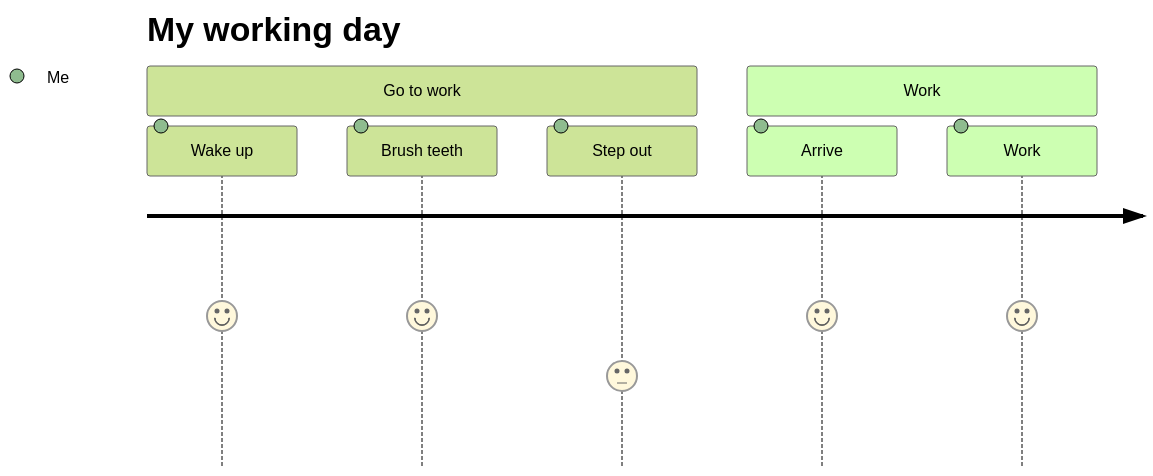
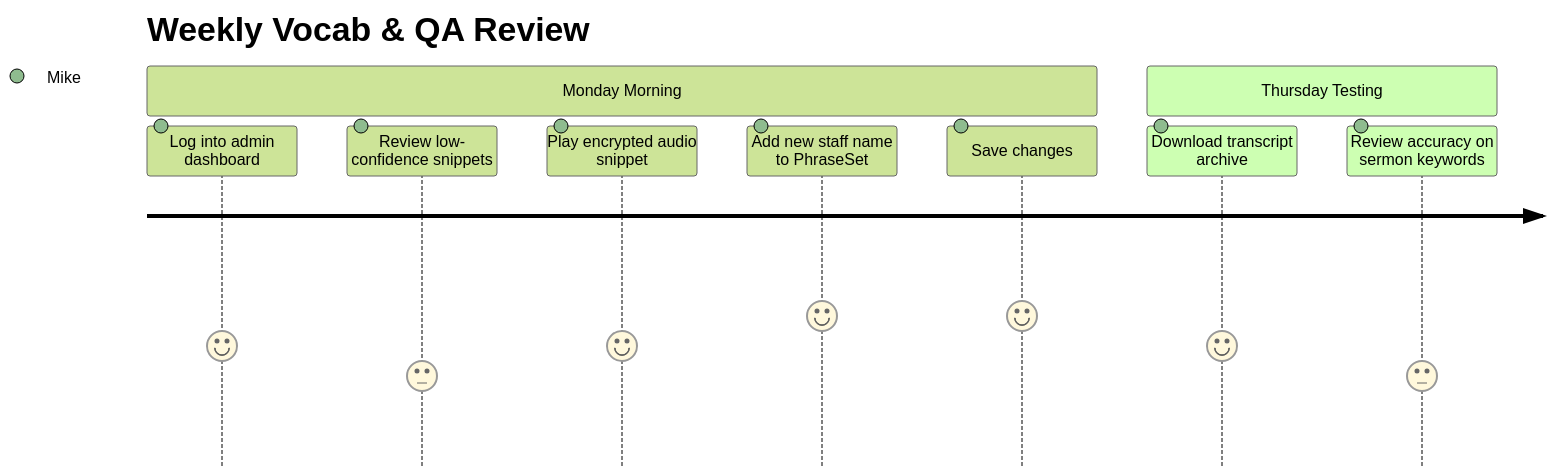
The second of 4 diagrams in docs/10_requirements/user_journey_maps.md (TomDakan/LiveSTT), drawn with Mermaid (forest theme) before and after one commit. The commit also changed other lines of this file and 5 other files, not shown here.

````diff
--- a/docs/10_requirements/user_journey_maps.md
+++ b/docs/10_requirements/user_journey_maps.md
@@ -5,11 +56,13 @@
 ```mermaid
 journey
-    title My working day
-    section Go to work
-      Wake up: 5: Me
-      Brush teeth: 5: Me
-      Step out: 3: Me
-    section Work
-      Arrive: 5: Me
-      Work: 5: Me
+    title Weekly Vocab & QA Review
+    section Monday Morning
+        Log into admin dashboard: 4: Mike
+        Review low-confidence snippets: 3: Mike
+        Play encrypted audio snippet: 4: Mike
+        Add new staff name to PhraseSet: 5: Mike
+        Save changes: 5: Mike
+    section Thursday Testing
+        Download transcript archive: 4: Mike
+        Review accuracy on sermon keywords: 3: Mike
 ```
````
